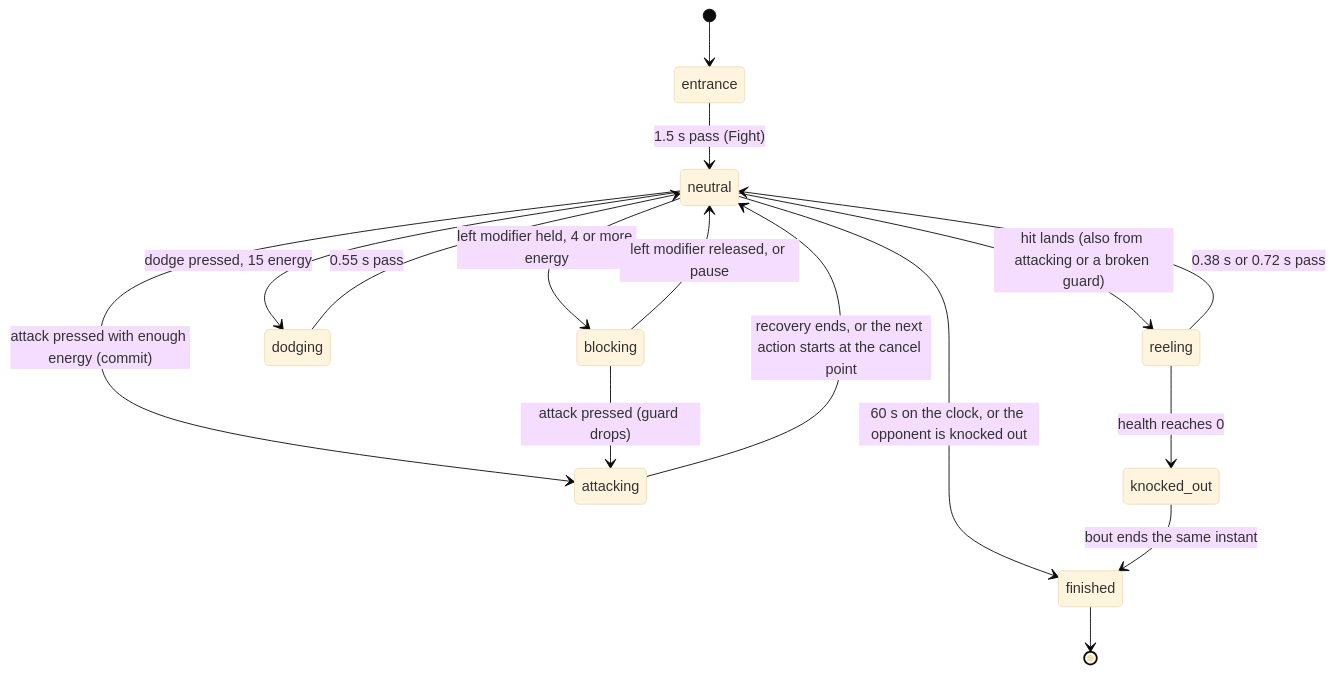
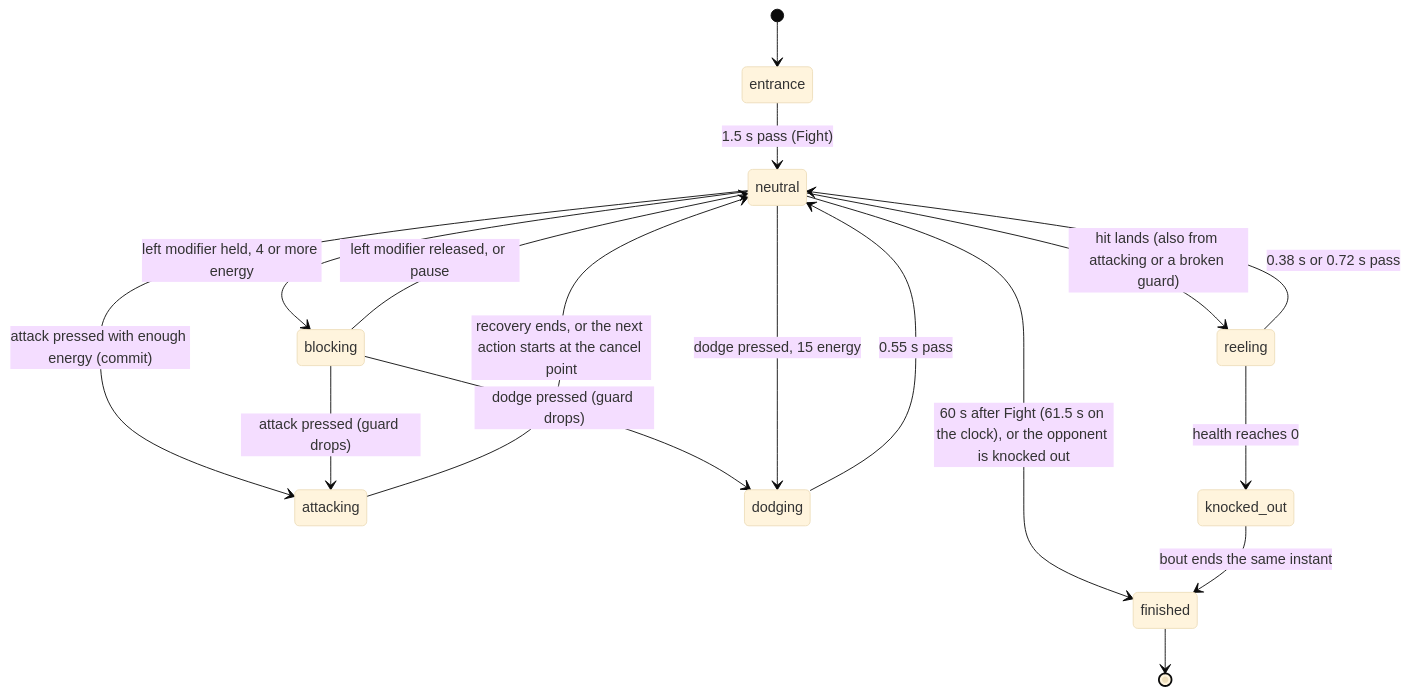
Before and after one commit to DougZeThug/Will-You-Be-My-Hero-Arena: the diagram in docs/product-description/play/backyard-brawl.md, drawn with Mermaid (base theme). The commit also changed other lines of this file and 35 other files, not shown here.

````diff
--- a/docs/product-description/play/backyard-brawl.md
+++ b/docs/product-description/play/backyard-brawl.md
@@ -25,18 +25,19 @@
 ```mermaid
 stateDiagram-v2
     [*] --> entrance
     entrance --> neutral : 1.5 s pass (Fight)
     neutral --> attacking : attack pressed with enough energy (commit)
     blocking --> attacking : attack pressed (guard drops)
     attacking --> neutral : recovery ends, or the next action starts at the cancel point
     neutral --> blocking : left modifier held, 4 or more energy
     blocking --> neutral : left modifier released, or pause
+    blocking --> dodging : dodge pressed (guard drops)
     neutral --> dodging : dodge pressed, 15 energy
     dodging --> neutral : 0.55 s pass
     neutral --> reeling : hit lands (also from attacking or a broken guard)
     reeling --> neutral : 0.38 s or 0.72 s pass
     reeling --> knocked_out : health reaches 0
-    neutral --> finished : 60 s on the clock, or the opponent is knocked out
+    neutral --> finished : 60 s after Fight (61.5 s on the clock), or the opponent is knocked out
     knocked_out --> finished : bout ends the same instant
     finished --> [*]
 ```
````
